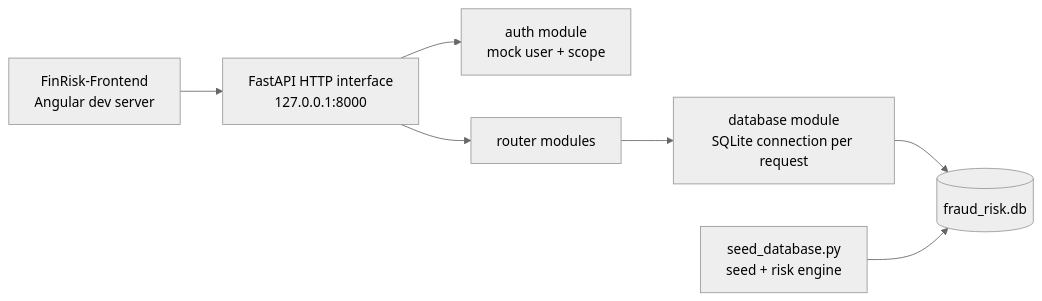
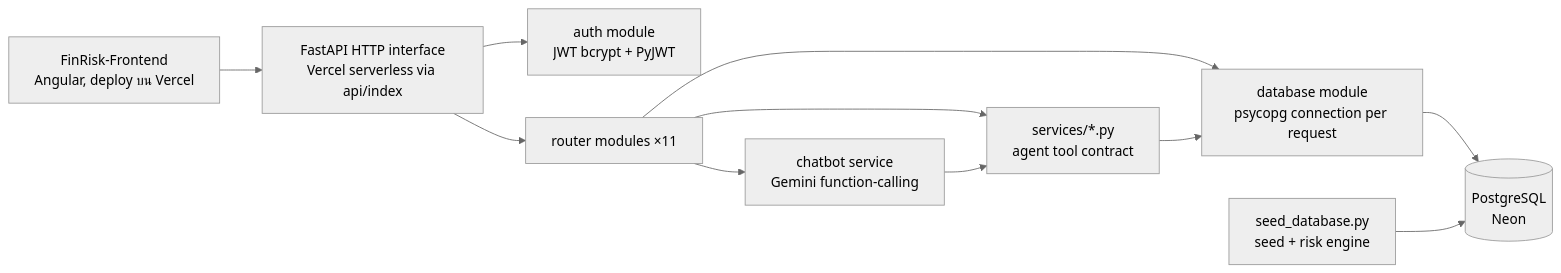
One commit to Chain361/FinRisk-Backend changed the first of 3 diagrams in docs/ARCHITECTURE.md. Above: the diagram before and after it, drawn with Mermaid (neutral theme). The commit also changed other lines of this file and 3 other files, not shown here.

First line of the commit message:
docs: sync README/CLAUDE/AGENTS/ARCHITECTURE กับโค้ดปัจจุบัน

````diff
--- a/docs/ARCHITECTURE.md
+++ b/docs/ARCHITECTURE.md
@@ -11,9 +14,13 @@
 ```mermaid
 flowchart LR
-  Frontend[FinRisk-Frontend<br/>Angular dev server] --> HTTP[FastAPI HTTP interface<br/>127.0.0.1:8000]
-  HTTP --> Auth[auth module<br/>mock user + scope]
-  HTTP --> Routers[router modules]
-  Routers --> DB[database module<br/>SQLite connection per request]
-  DB --> SQLite[(fraud_risk.db)]
-  Seed[seed_database.py<br/>seed + risk engine] --> SQLite
+  Frontend[FinRisk-Frontend<br/>Angular, deploy บน Vercel] --> HTTP[FastAPI HTTP interface<br/>Vercel serverless via api/index]
+  HTTP --> Auth[auth module<br/>JWT bcrypt + PyJWT]
+  HTTP --> Routers[router modules ×11]
+  Routers --> Services[services/*.py<br/>agent tool contract]
+  Routers --> DB[database module<br/>psycopg connection per request]
+  Services --> DB
+  DB --> PG[(PostgreSQL<br/>Neon)]
+  Seed[seed_database.py<br/>seed + risk engine] --> PG
+  Routers --> Chatbot[chatbot service<br/>Gemini function-calling]
+  Chatbot --> Services
 ```
````
